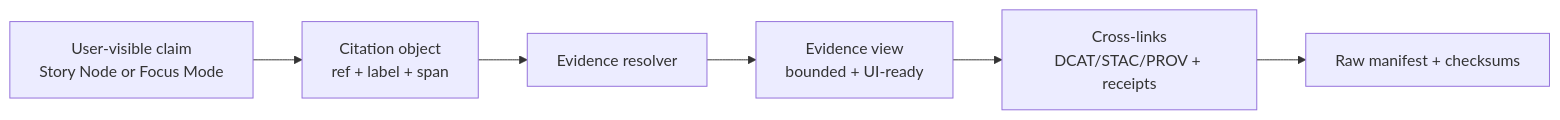
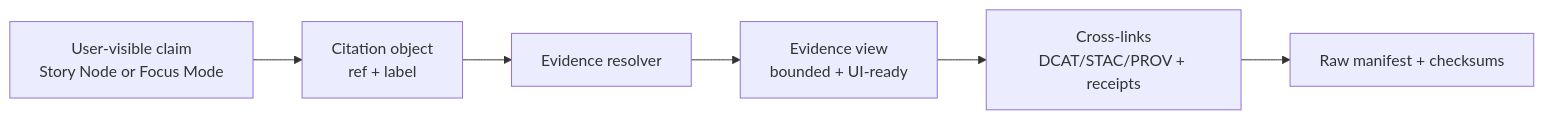
The second of 2 diagrams in README.md (bartytime4life/Kansas-Frontier-Matrix), drawn with Mermaid before and after one commit. The commit also changed other lines of this file, not shown here.

````diff
--- a/README.md
+++ b/README.md
@@ -360,8 +249,8 @@
 ```mermaid
 flowchart LR
-  CLAIM[User-visible claim<br/>Story Node or Focus Mode] --> CIT[Citation object<br/>ref + label + span]
+  CLAIM[User-visible claim<br/>Story Node or Focus Mode] --> CIT[Citation object<br/>ref + label]
   CIT --> RES[Evidence resolver]
   RES --> VIEW[Evidence view<br/>bounded + UI-ready]
   VIEW --> LINKS[Cross-links<br/>DCAT/STAC/PROV + receipts]
   LINKS --> RAWREF[Raw manifest + checksums]
 ```
````
